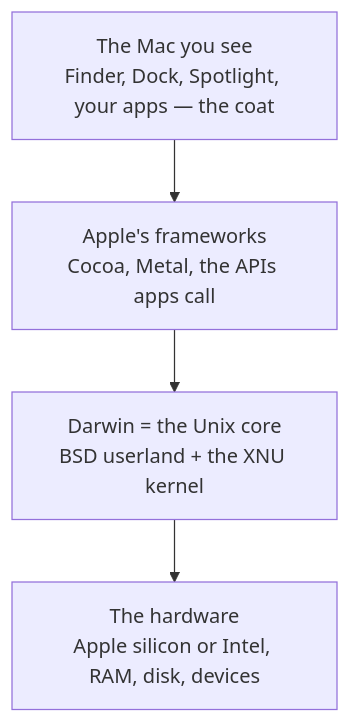
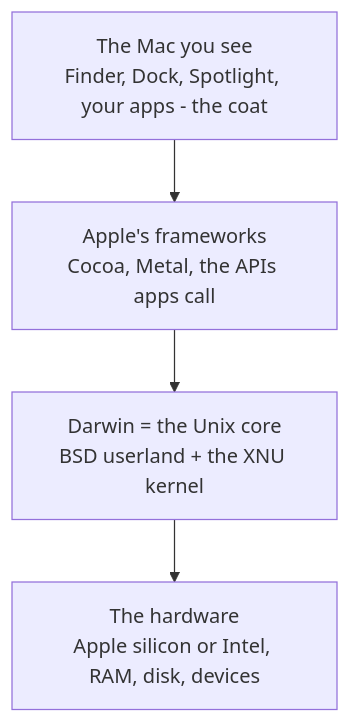
The diagram in guides/operating-systems/macos-under-the-hood/01-macos-is-unix.md (Topurrra/themissingmanual), drawn with Mermaid before and after one commit. The commit also changed other lines of this file and 1072 other files, not shown here.

````diff
--- a/guides/operating-systems/macos-under-the-hood/01-macos-is-unix.md
+++ b/guides/operating-systems/macos-under-the-hood/01-macos-is-unix.md
@@ -29,6 +29,6 @@
 ```mermaid
 flowchart TD
-  See[The Mac you see<br/>Finder, Dock, Spotlight, your apps — the coat] --> Frameworks[Apple's frameworks<br/>Cocoa, Metal, the APIs apps call]
+  See[The Mac you see<br/>Finder, Dock, Spotlight, your apps - the coat] --> Frameworks[Apple's frameworks<br/>Cocoa, Metal, the APIs apps call]
   Frameworks --> Darwin[Darwin = the Unix core<br/>BSD userland + the XNU kernel]
   Darwin --> Hardware[The hardware<br/>Apple silicon or Intel, RAM, disk, devices]
 ```
````
